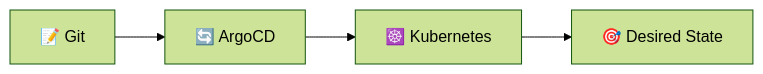
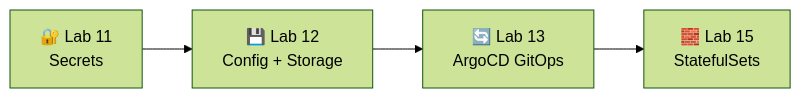
The fifth of 5 diagrams in lectures/lec12.md (inno-devops-labs/DevOps-Core-Course), drawn with Mermaid (forest theme) before and after one commit. The commit also changed other lines of this file and 24 other files, not shown here.

````diff
--- a/lectures/lec12.md
+++ b/lectures/lec12.md
@@ -830,6 +491,6 @@
 ```mermaid
 flowchart LR
-  A[📝 Git] --> B[🔄 ArgoCD]
-  B --> C[☸️ Kubernetes]
-  C --> D[🎯 Desired State]
+  Lab11[🔐 Lab 11<br/>Secrets] --> Lab12[💾 Lab 12<br/>Config + Storage]
+  Lab12 --> Lab13[🔄 Lab 13<br/>ArgoCD GitOps]
+  Lab13 --> Lab15[🧱 Lab 15<br/>StatefulSets]
 ```
````
